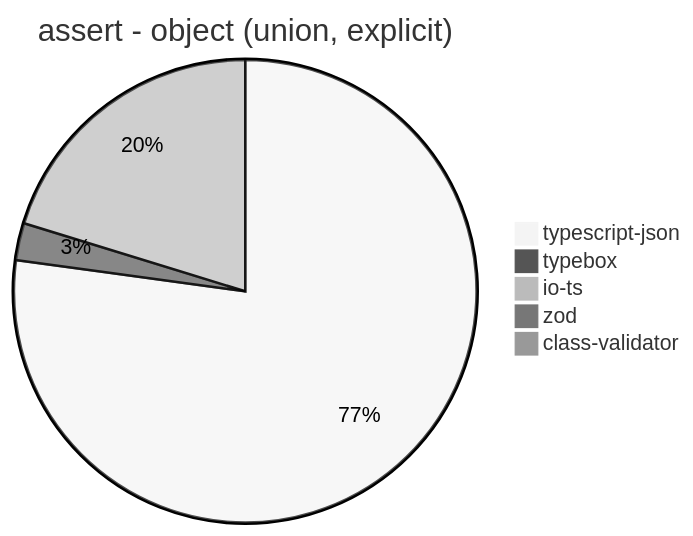
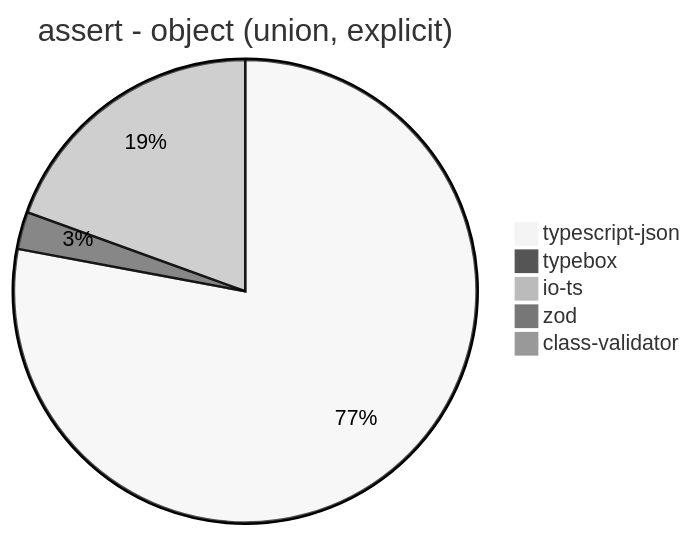
One commit to samchon/typia changed diagram 11 of 39 in benchmark/results/AMD Ryzen 9 5900HX with Radeon Graphics.md. Above: the diagram before and after it, drawn with Mermaid (neutral theme). The commit also changed other lines of this file and 3 other files, not shown here.

````diff
--- a/benchmark/results/AMD Ryzen 9 5900HX with Radeon Graphics.md
+++ b/benchmark/results/AMD Ryzen 9 5900HX with Radeon Graphics.md
@@ -146,8 +146,8 @@
 ```mermaid
 pie title assert - object (union, explicit)
-  "typescript-json": 5319.01728844404
-  "typebox": 178.69241192411926
-  "io-ts": 1396.3794078823307
-  "zod": 36.333456289192185
-  "class-validator": 17.934782608695652
+  "typescript-json": 5302.40427426536
+  "typebox": 177.13004484304932
+  "io-ts": 1324.2251971391893
+  "zod": 35.89177250138045
+  "class-validator": 18.17180616740088
 ```
````
